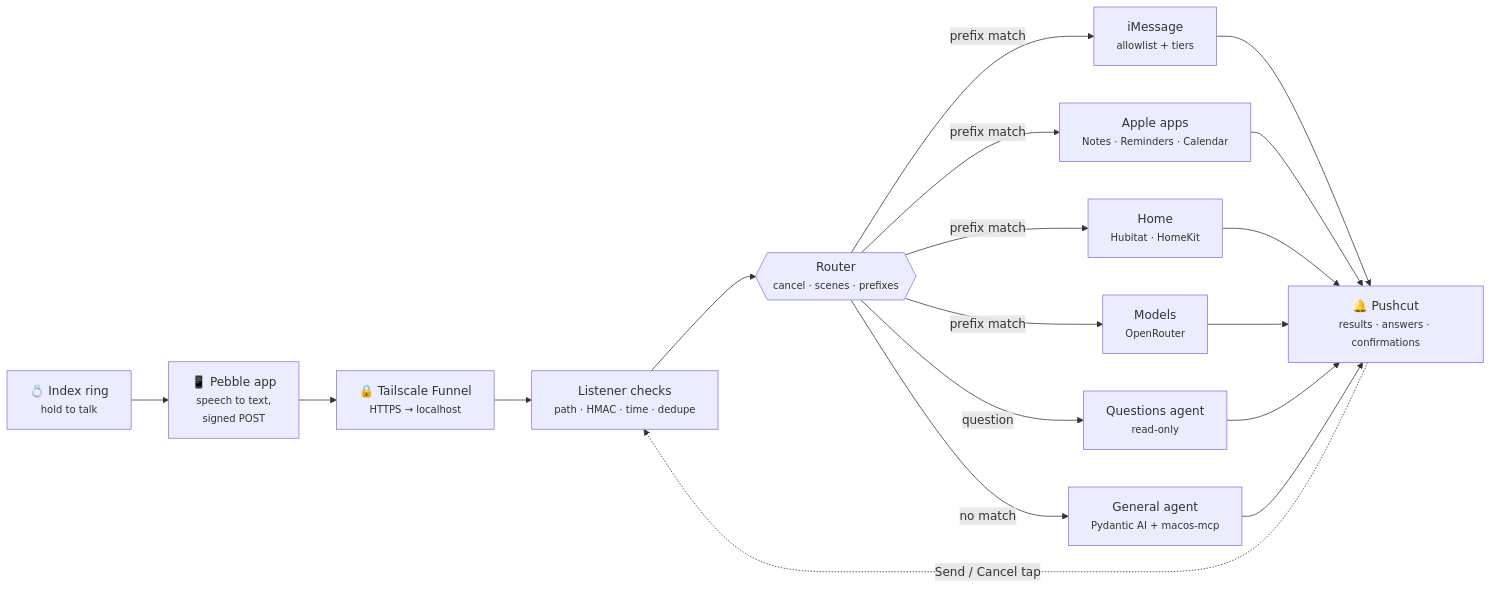
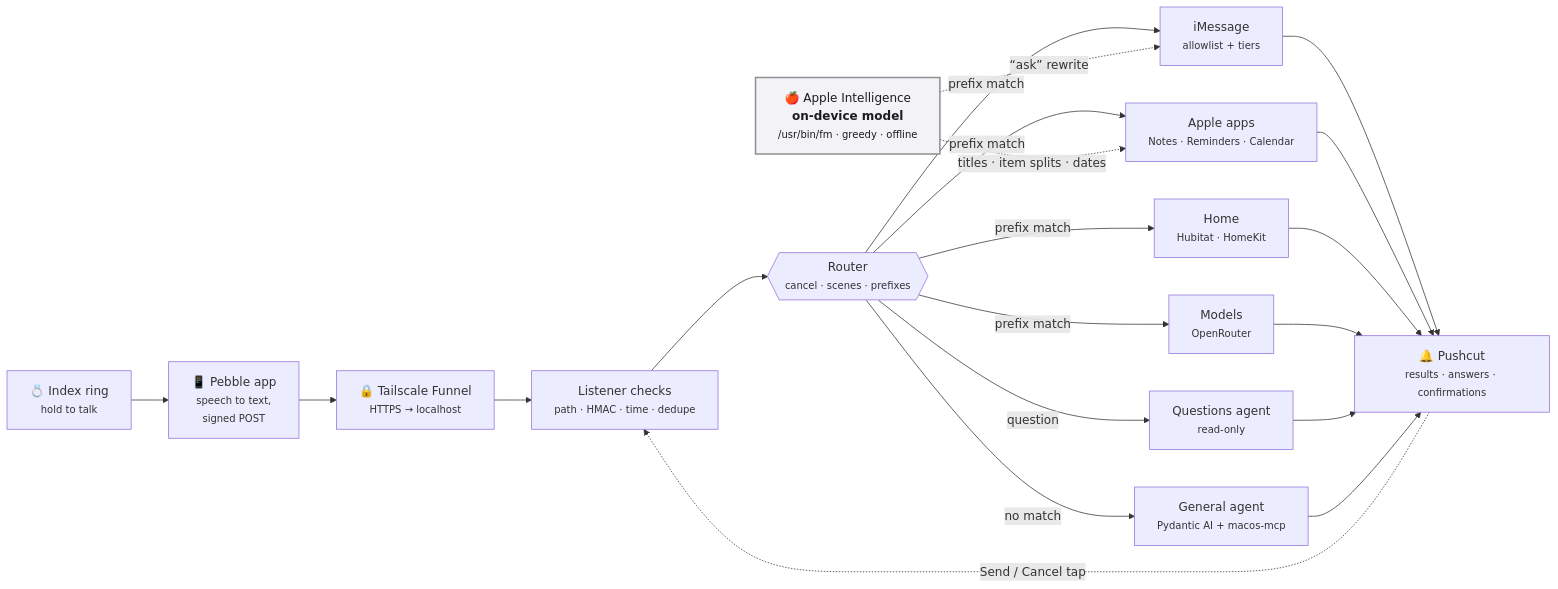
Before and after one commit to DaveLinger/ring-router: the diagram in docs/PLAN.md, drawn with Mermaid. The commit also changed 1 other file, not shown here.

Commit message:
Show the on-device Apple model in the architecture diagrams
Add an Apple Intelligence node (/usr/bin/fm) to the README and plan
diagrams, linked to the steps it powers: "ask" rewrites, note titles,
shopping-item splits and date extraction.

````diff
--- a/docs/PLAN.md
+++ b/docs/PLAN.md
@@ -73,15 +73,20 @@
 ```mermaid
 flowchart LR
     ring["💍 Index ring<br/><small>hold to talk</small>"] --> app["📱 Pebble app<br/><small>speech to text,<br/>signed POST</small>"]
     app --> tunnel["🔒 Tailscale Funnel<br/><small>HTTPS → localhost</small>"]
     tunnel --> checks["Listener checks<br/><small>path · HMAC · time · dedupe</small>"]
     checks --> router{{"Router<br/><small>cancel · scenes · prefixes</small>"}}
     router -- prefix match --> im["iMessage<br/><small>allowlist + tiers</small>"]
     router -- prefix match --> apple["Apple apps<br/><small>Notes · Reminders · Calendar</small>"]
     router -- prefix match --> home["Home<br/><small>Hubitat · HomeKit</small>"]
     router -- prefix match --> models["Models<br/><small>OpenRouter</small>"]
     router -- question --> qa["Questions agent<br/><small>read-only</small>"]
     router -- no match --> agent["General agent<br/><small>Pydantic AI + macos-mcp</small>"]
     im & apple & home & models & qa & agent --> push["🔔 Pushcut<br/><small>results · answers · confirmations</small>"]
     push -. Send / Cancel tap .-> checks
+    fm -.->|"“ask” rewrite"| im
+    fm -.->|"titles · item splits · dates"| apple
+    fm["🍎 Apple Intelligence<br/><b>on-device model</b><br/><small>/usr/bin/fm · greedy · offline</small>"]
+    classDef applefm fill:#f2f2f7,stroke:#8e8e93,stroke-width:2px,color:#1c1c1e
+    class fm applefm
 ```
````
